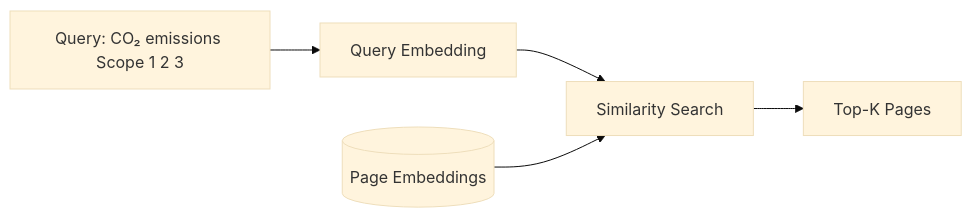
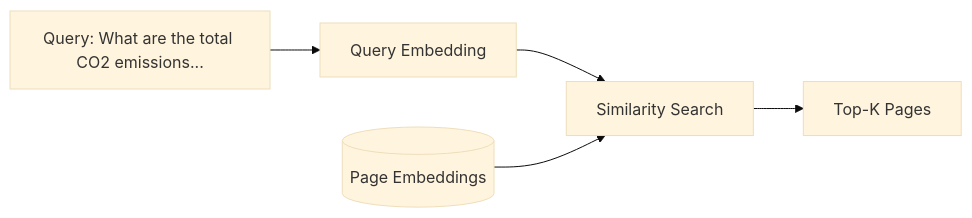
One commit to gist-sustainability/climatextract changed the first of 2 diagrams in docs/concepts/rag-pipeline.md. Above: the diagram before and after it, drawn with Mermaid (base theme). The commit also changed other lines of this file and 13 other files, not shown here.

````diff
--- a/docs/concepts/rag-pipeline.md
+++ b/docs/concepts/rag-pipeline.md
@@ -46,7 +46,7 @@
 ```mermaid
 flowchart LR
-    Q[Query: CO₂ emissions Scope 1 2 3] --> E[Query Embedding]
+    Q[Query: What are the total CO2 emissions...] --> E[Query Embedding]
     E --> S[Similarity Search]
     DB[(Page Embeddings)] --> S
     S --> R[Top-K Pages]
 ```
````
